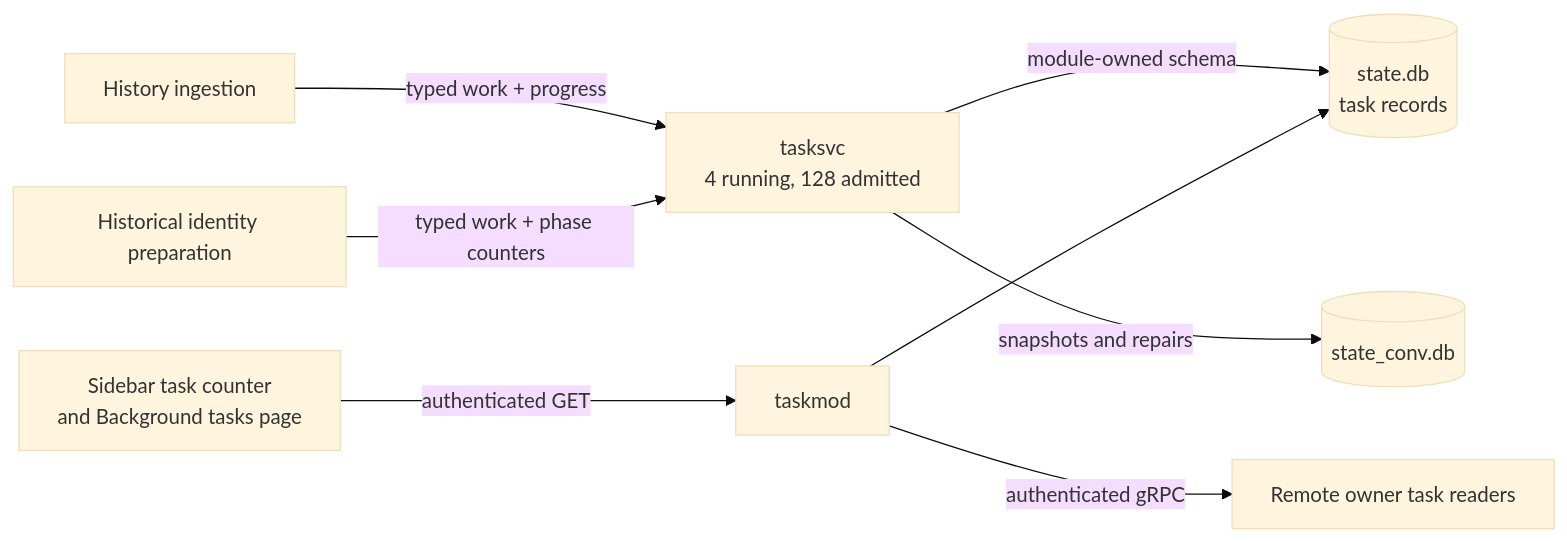
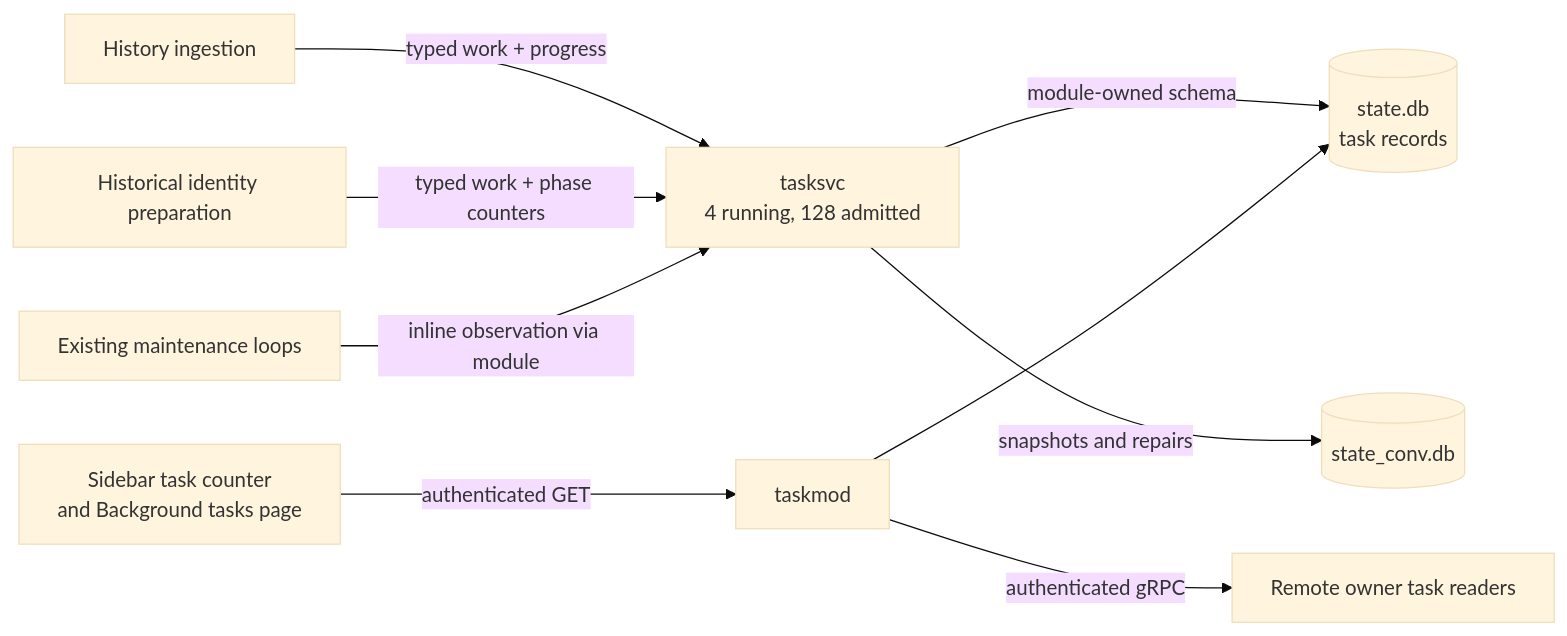
One commit to ocman/ocman changed the seventh of 7 diagrams in docs/other/architecture-history.md. Above: the diagram before and after it, drawn with Mermaid (base theme). The commit also changed other lines of this file and 55 other files, not shown here.

````diff
--- a/docs/other/architecture-history.md
+++ b/docs/other/architecture-history.md
@@ -736,10 +736,11 @@
 ```mermaid
 flowchart LR
     Import[History ingestion] -->|typed work + progress| Manager[tasksvc<br/>4 running, 128 admitted]
     Prepare[Historical identity preparation] -->|typed work + phase counters| Manager
+    Schedule[Existing maintenance loops] -->|inline observation via module| Manager
     Manager -->|module-owned schema| State[(state.db<br/>task records)]
     Browser[Sidebar task counter<br/>and Background tasks page] -->|authenticated GET| API[taskmod]
     API --> State
     API -->|authenticated gRPC| Remote[Remote owner task readers]
     Manager -->|snapshots and repairs| History[(state_conv.db)]
 ```
````
